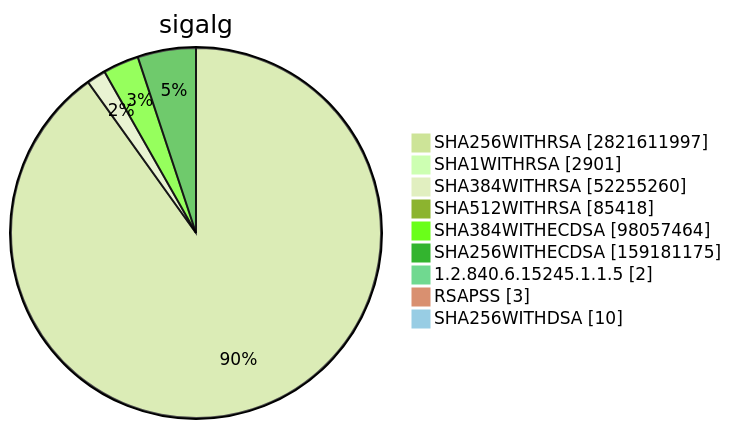
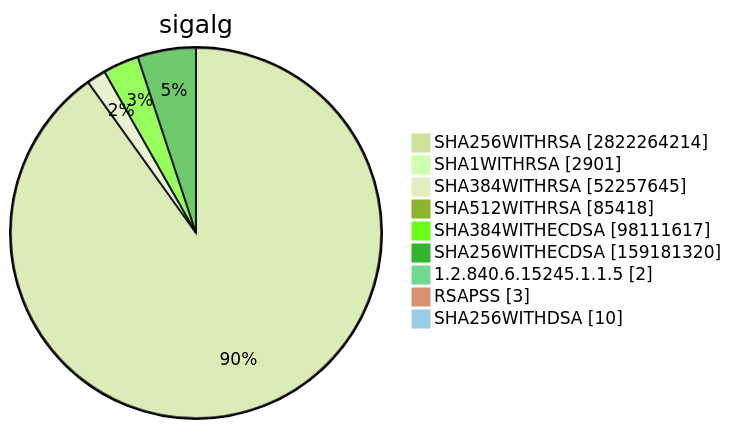
Before and after one commit to christiankrug/ctmonitor_visualization: diagram 15 of 15 in TOTAL/README.md, drawn with Mermaid (forest theme). The commit also changed other lines of this file, not shown here.

````diff
--- a/TOTAL/README.md
+++ b/TOTAL/README.md
@@ -6205,13 +6205,13 @@
 ```mermaid
 pie showData
 title sigalg
-"SHA256WITHRSA" :2821611997
+"SHA256WITHRSA" :2822264214
 "SHA1WITHRSA" :2901
-"SHA384WITHRSA" :52255260
+"SHA384WITHRSA" :52257645
 "SHA512WITHRSA" :85418
-"SHA384WITHECDSA" :98057464
-"SHA256WITHECDSA" :159181175
+"SHA384WITHECDSA" :98111617
+"SHA256WITHECDSA" :159181320
 "1.2.840.6.15245.1.1.5" :2
 "RSAPSS" :3
 "SHA256WITHDSA" :10
 ```
````
